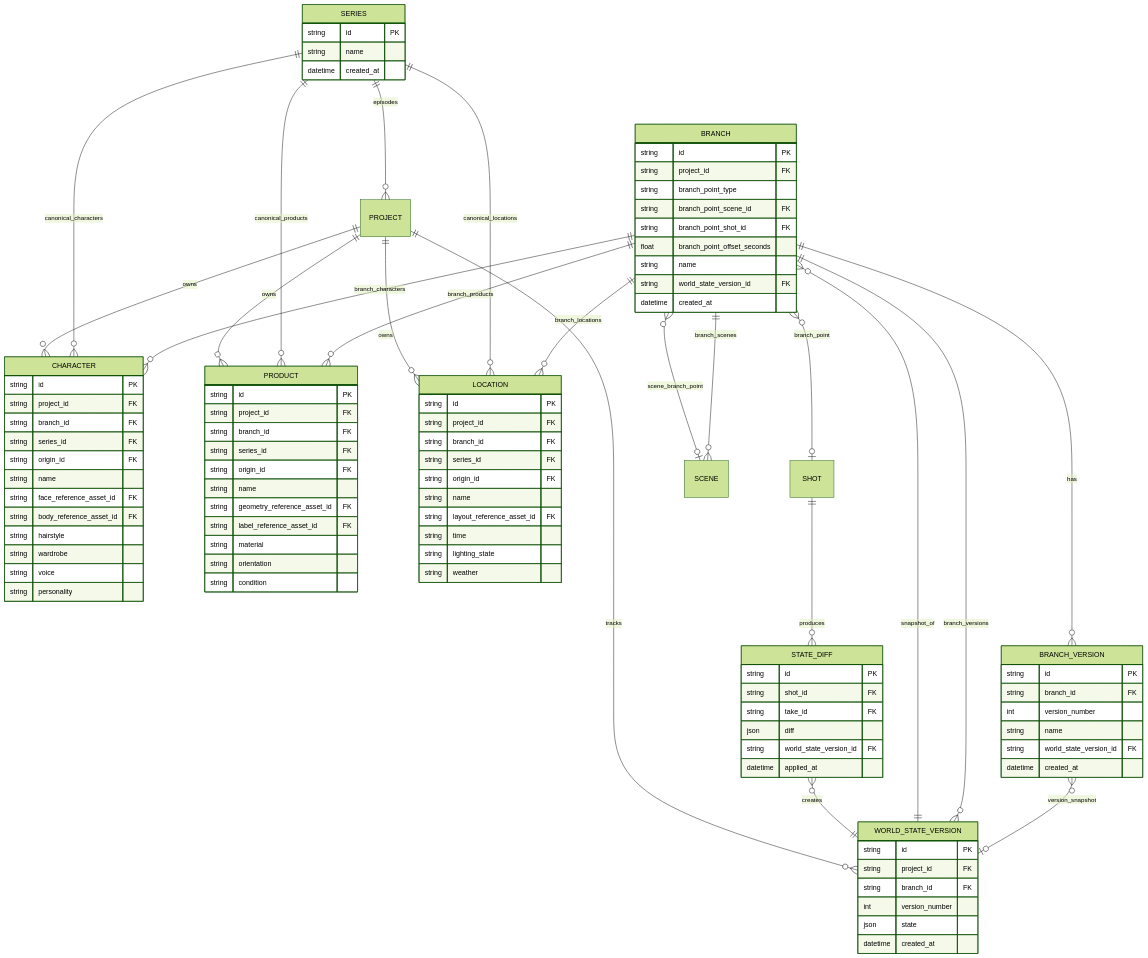
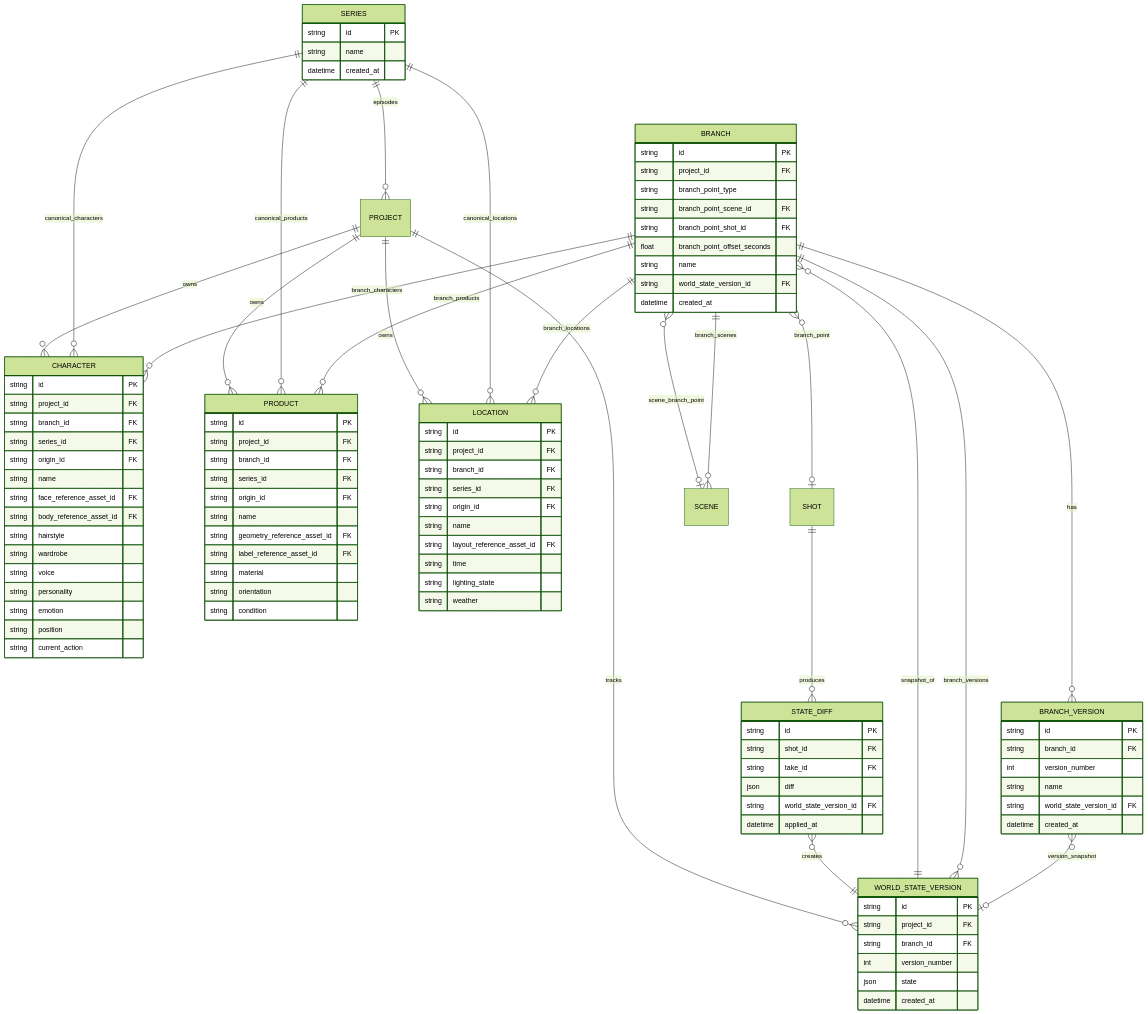
Before and after one commit to ousiassllc/mam: the third of 6 diagrams in spec/architecture/er.md, drawn with Mermaid (forest theme). The commit also changed other lines of this file and 33 other files, not shown here.

```diff
--- a/spec/architecture/er.md
+++ b/spec/architecture/er.md
@@ -203,6 +203,9 @@
         string wardrobe
         string voice
         string personality
+        string emotion
+        string position
+        string current_action
     }
     PRODUCT {
         string id PK
```
